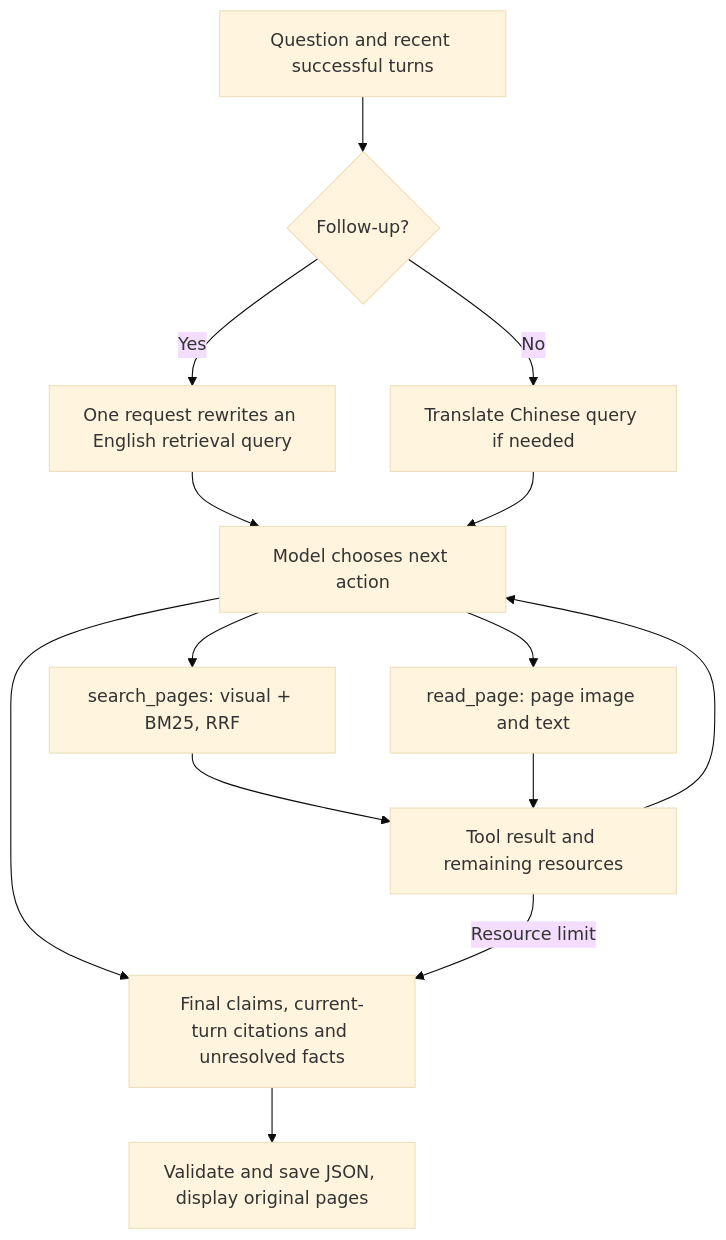
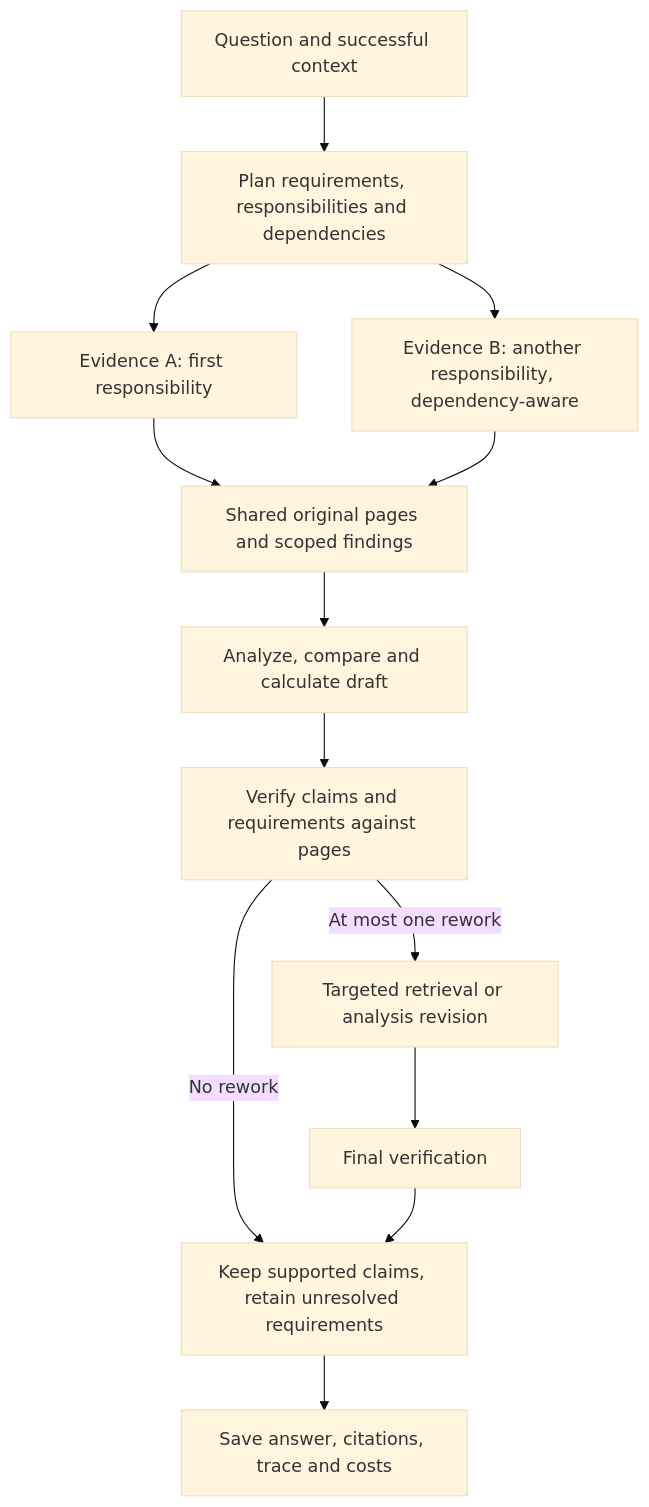
One commit to linlin-is-me/FolioRecall changed the diagram in README.md. Above: the diagram before and after it, drawn with Mermaid (base theme). The commit also changed other lines of this file and 12 other files, not shown here.

````diff
--- a/README.md
+++ b/README.md
@@ -35,16 +35,15 @@
 ```mermaid
 flowchart TD
-    Q[Question and recent successful turns] --> C{Follow-up?}
-    C -->|Yes| W[One request rewrites an English retrieval query]
-    C -->|No| T[Translate Chinese query if needed]
-    W --> M[Model chooses next action]
-    T --> M
-    M --> S[search_pages: visual + BM25, RRF]
-    M --> P[read_page: page image and text]
-    S --> F[Tool result and remaining resources]
-    P --> F
-    F --> M
-    M --> A[Final claims, current-turn citations and unresolved facts]
-    F -->|Resource limit| A
-    A --> J[Validate and save JSON, display original pages]
+    Q[Question and successful context] --> P[Plan requirements, responsibilities and dependencies]
+    P --> E1[Evidence A: first responsibility]
+    P --> E2[Evidence B: another responsibility, dependency-aware]
+    E1 --> S[Shared original pages and scoped findings]
+    E2 --> S
+    S --> A[Analyze, compare and calculate draft]
+    A --> V[Verify claims and requirements against pages]
+    V -->|At most one rework| R[Targeted retrieval or analysis revision]
+    R --> V2[Final verification]
+    V -->|No rework| F[Keep supported claims, retain unresolved requirements]
+    V2 --> F
+    F --> J[Save answer, citations, trace and costs]
 ```
````
